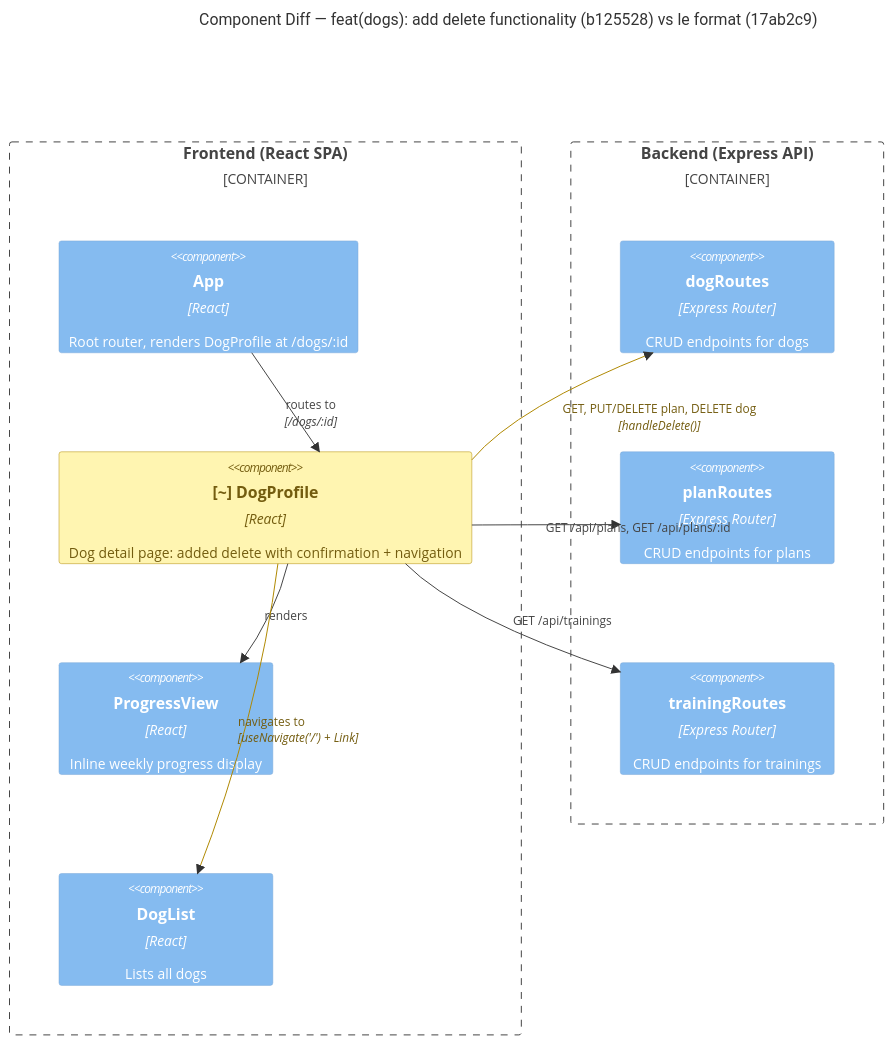
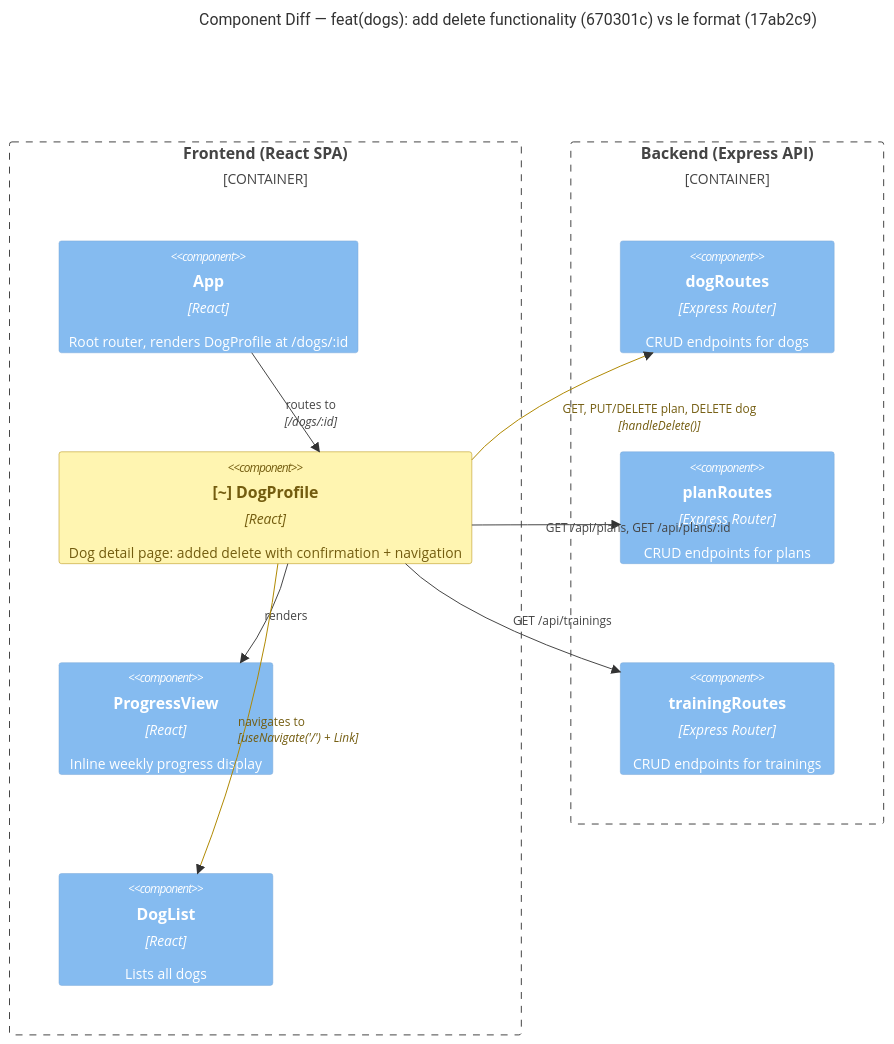
The diagram in artifacts/diff.component.md (jovaneyck/software-factory-demo), drawn with Mermaid before and after one commit. The commit also changed other lines of this file and 1 other file, not shown here.

Commit message:
docs: update architecture artifact head references to final PR commit

````diff
--- a/artifacts/diff.component.md
+++ b/artifacts/diff.component.md
@@ -6,29 +6,29 @@
 ```mermaid
 C4Component
-  title Component Diff — feat(dogs): add delete functionality (b125528) vs le format (17ab2c9)
+  title Component Diff — feat(dogs): add delete functionality (670301c) vs le format (17ab2c9)
 
   Container_Boundary(frontend, "Frontend (React SPA)") {
     Component(app, "App", "React", "Root router, renders DogProfile at /dogs/:id")
     Component(dogProfile, "[~] DogProfile", "React", "Dog detail page: added delete with confirmation + navigation")
     Component(progressView, "ProgressView", "React", "Inline weekly progress display")
     Component(dogList, "DogList", "React", "Lists all dogs")
   }
 
   Container_Boundary(backend, "Backend (Express API)") {
     Component(dogRoutes, "dogRoutes", "Express Router", "CRUD endpoints for dogs")
     Component(planRoutes, "planRoutes", "Express Router", "CRUD endpoints for plans")
     Component(trainingRoutes, "trainingRoutes", "Express Router", "CRUD endpoints for trainings")
   }
 
   Rel(app, dogProfile, "routes to", "/dogs/:id")
   Rel(dogProfile, progressView, "renders")
   Rel(dogProfile, dogRoutes, "GET, PUT/DELETE plan, DELETE dog", "handleDelete()")
   Rel(dogProfile, planRoutes, "GET /api/plans, GET /api/plans/:id")
   Rel(dogProfile, trainingRoutes, "GET /api/trainings")
   Rel(dogProfile, dogList, "navigates to", "useNavigate('/') + Link")
 
   %% changed (amber)
   UpdateElementStyle(dogProfile, $bgColor="#fff5b1", $borderColor="#b08800", $fontColor="#735c0f")
   UpdateRelStyle(dogProfile, dogRoutes, $lineColor="#b08800", $textColor="#735c0f")
   UpdateRelStyle(dogProfile, dogList, $lineColor="#b08800", $textColor="#735c0f")
 ```
````
